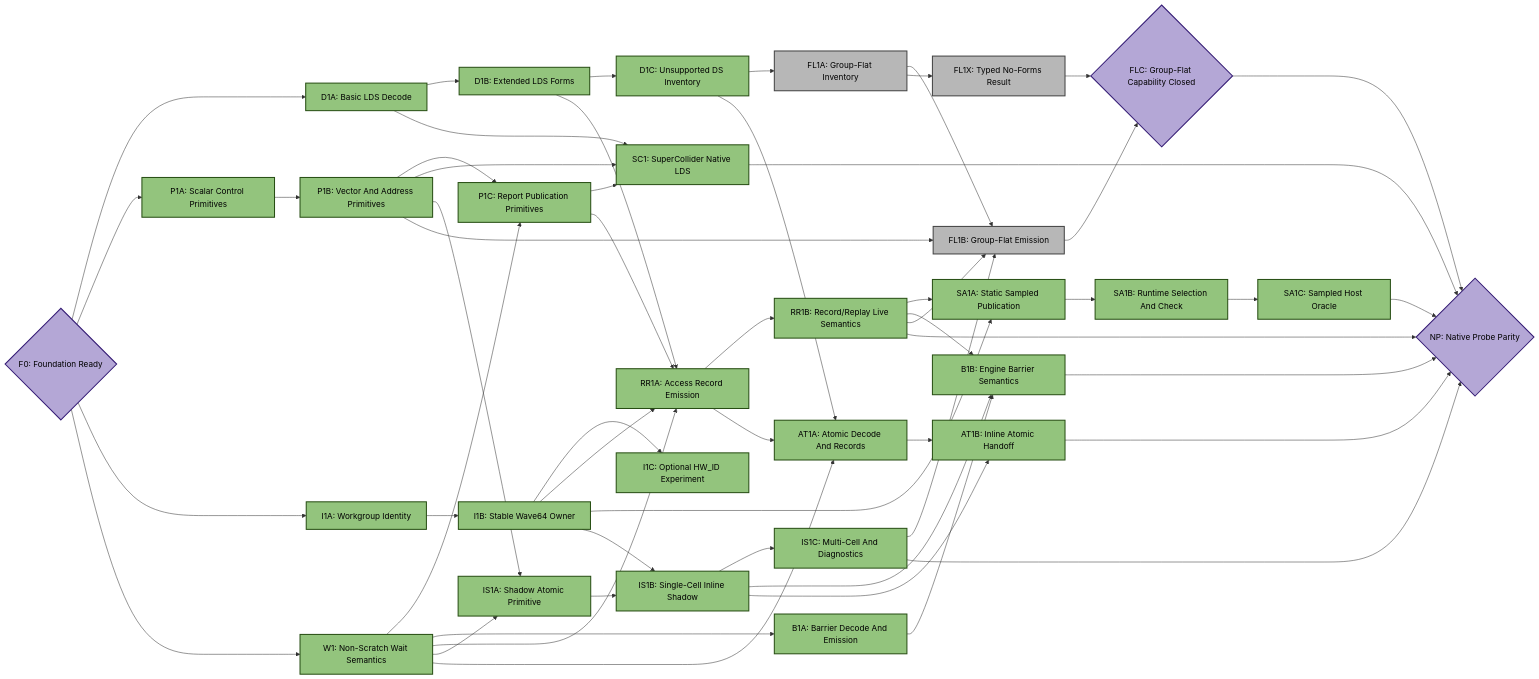
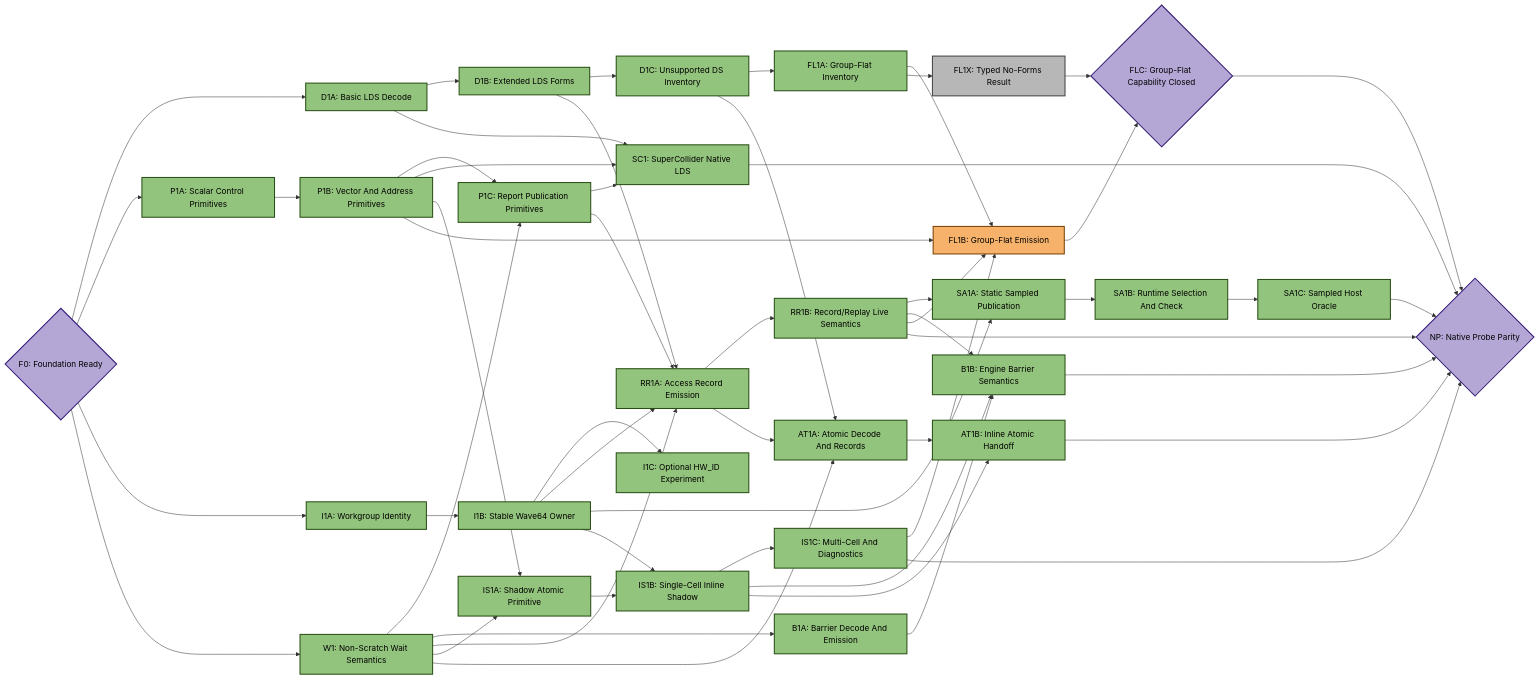
Before and after one commit to ROCm/rocm-systems: the fourth of 5 diagrams in emulation/rocjitsu/docs/consan/PLAN_GFX950.md, drawn with Mermaid. The commit also changed other lines of this file and 4 other files, not shown here.

Commit message:
rocjitsu: inventory gfx950 group-flat forms

```diff
--- a/emulation/rocjitsu/docs/consan/PLAN_GFX950.md
+++ b/emulation/rocjitsu/docs/consan/PLAN_GFX950.md
@@ -409,8 +419,8 @@
   IS1A["IS1A: Shadow Atomic Primitive"]:::done
   IS1B["IS1B: Single-Cell Inline Shadow"]:::done
   IS1C["IS1C: Multi-Cell And Diagnostics"]:::done
-  FL1A["FL1A: Group-Flat Inventory"]:::todo
-  FL1B["FL1B: Group-Flat Emission"]:::todo
+  FL1A["FL1A: Group-Flat Inventory"]:::done
+  FL1B["FL1B: Group-Flat Emission"]:::active
   FL1X["FL1X: Typed No-Forms Result"]:::todo
   FLC{"FLC: Group-Flat Capability Closed"}:::target
   AT1A["AT1A: Atomic Decode And Records"]:::done
```
